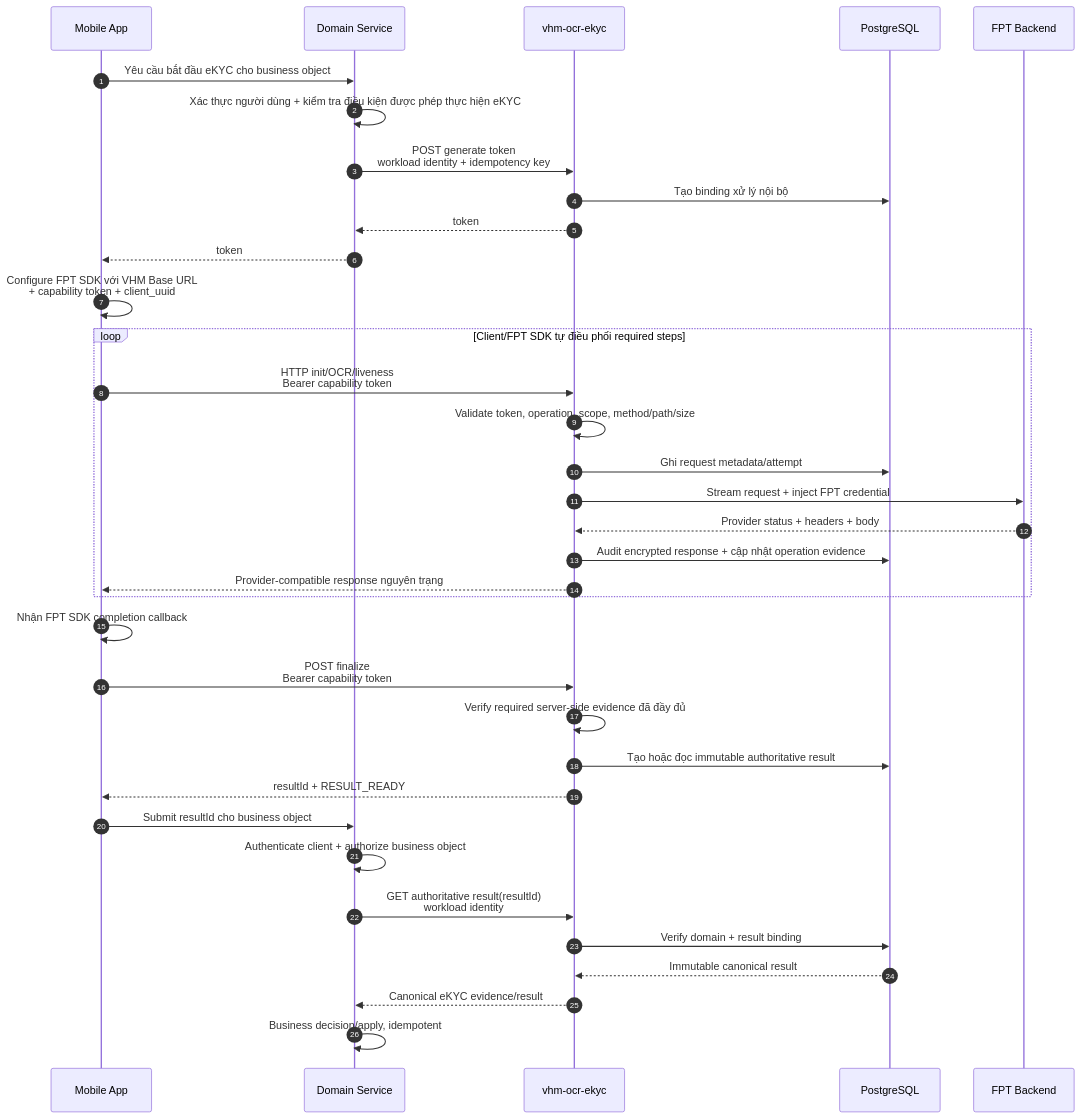
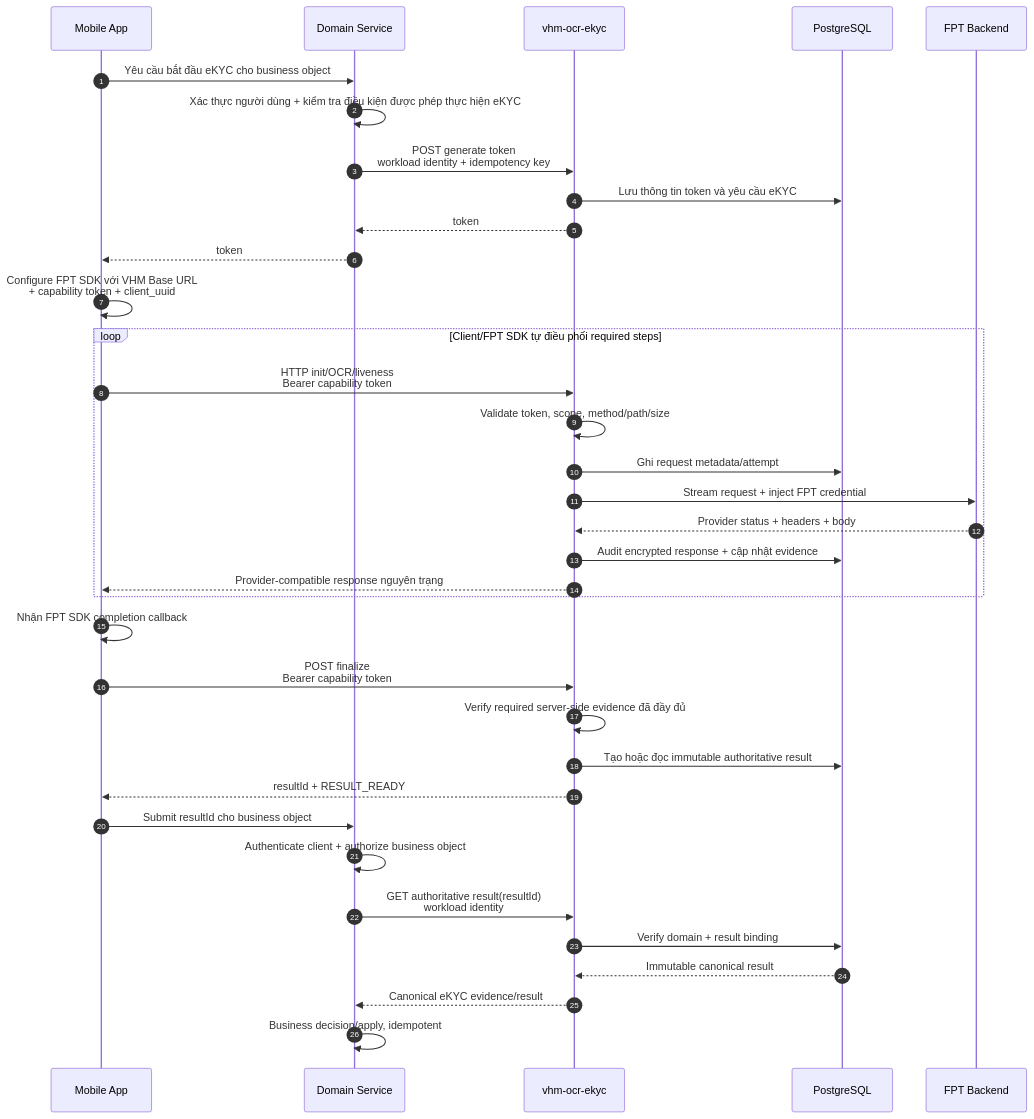
Before and after one commit to huynv-xyz/vhm: the fourth of 6 diagrams in tdd-ocr-ekyc-delegated-client-flow.md, drawn with Mermaid. The commit also changed other lines of this file, not shown here.

````diff
--- a/tdd-ocr-ekyc-delegated-client-flow.md
+++ b/tdd-ocr-ekyc-delegated-client-flow.md
@@ -301,41 +300,41 @@
 ```mermaid
 sequenceDiagram
     autonumber
     participant A as Mobile App
     participant D as Domain Service
     participant O as vhm-ocr-ekyc
     participant DB as PostgreSQL
     participant F as FPT Backend
 
     A->>D: Yêu cầu bắt đầu eKYC cho business object
     D->>D: Xác thực người dùng + kiểm tra điều kiện được phép thực hiện eKYC
     D->>O: POST generate token<br/>workload identity + idempotency key
-    O->>DB: Tạo binding xử lý nội bộ
+    O->>DB: Lưu thông tin token và yêu cầu eKYC
     O-->>D: token
     D-->>A: token
     A->>A: Configure FPT SDK với VHM Base URL<br/>+ capability token + client_uuid
 
     loop Client/FPT SDK tự điều phối required steps
         A->>O: HTTP init/OCR/liveness<br/>Bearer capability token
-        O->>O: Validate token, operation, scope, method/path/size
+        O->>O: Validate token, scope, method/path/size
         O->>DB: Ghi request metadata/attempt
         O->>F: Stream request + inject FPT credential
         F-->>O: Provider status + headers + body
-        O->>DB: Audit encrypted response + cập nhật operation evidence
+        O->>DB: Audit encrypted response + cập nhật evidence
         O-->>A: Provider-compatible response nguyên trạng
     end
 
     A->>A: Nhận FPT SDK completion callback
     A->>O: POST finalize<br/>Bearer capability token
     O->>O: Verify required server-side evidence đã đầy đủ
     O->>DB: Tạo hoặc đọc immutable authoritative result
     O-->>A: resultId + RESULT_READY
 
     A->>D: Submit resultId cho business object
     D->>D: Authenticate client + authorize business object
     D->>O: GET authoritative result(resultId)<br/>workload identity
     O->>DB: Verify domain + result binding
     DB-->>O: Immutable canonical result
     O-->>D: Canonical eKYC evidence/result
     D->>D: Business decision/apply, idempotent
 ```
````
